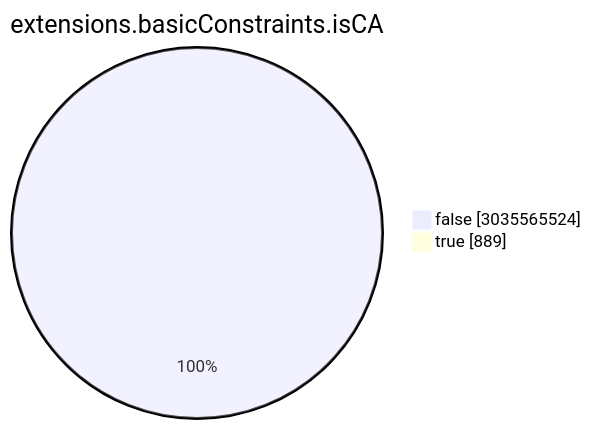
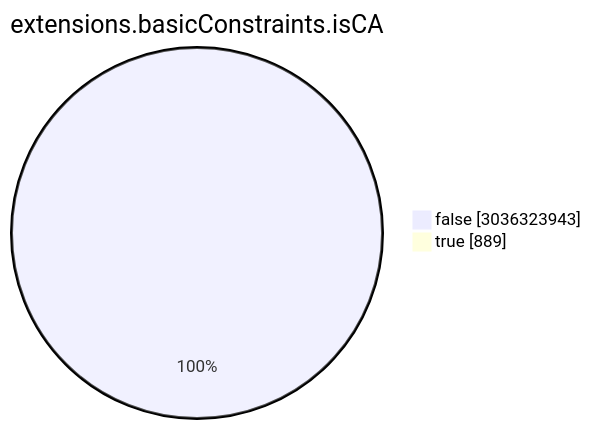
The seventh of 15 diagrams in TOTAL/README.md (christiankrug/ctmonitor_visualization), drawn with Mermaid before and after one commit. The commit also changed other lines of this file, not shown here.

````diff
--- a/TOTAL/README.md
+++ b/TOTAL/README.md
@@ -3086,6 +3086,6 @@
 ```mermaid
 pie showData
 title extensions.basicConstraints.isCA
-"false" :3035565524
+"false" :3036323943
 "true" :889
 ```
````
